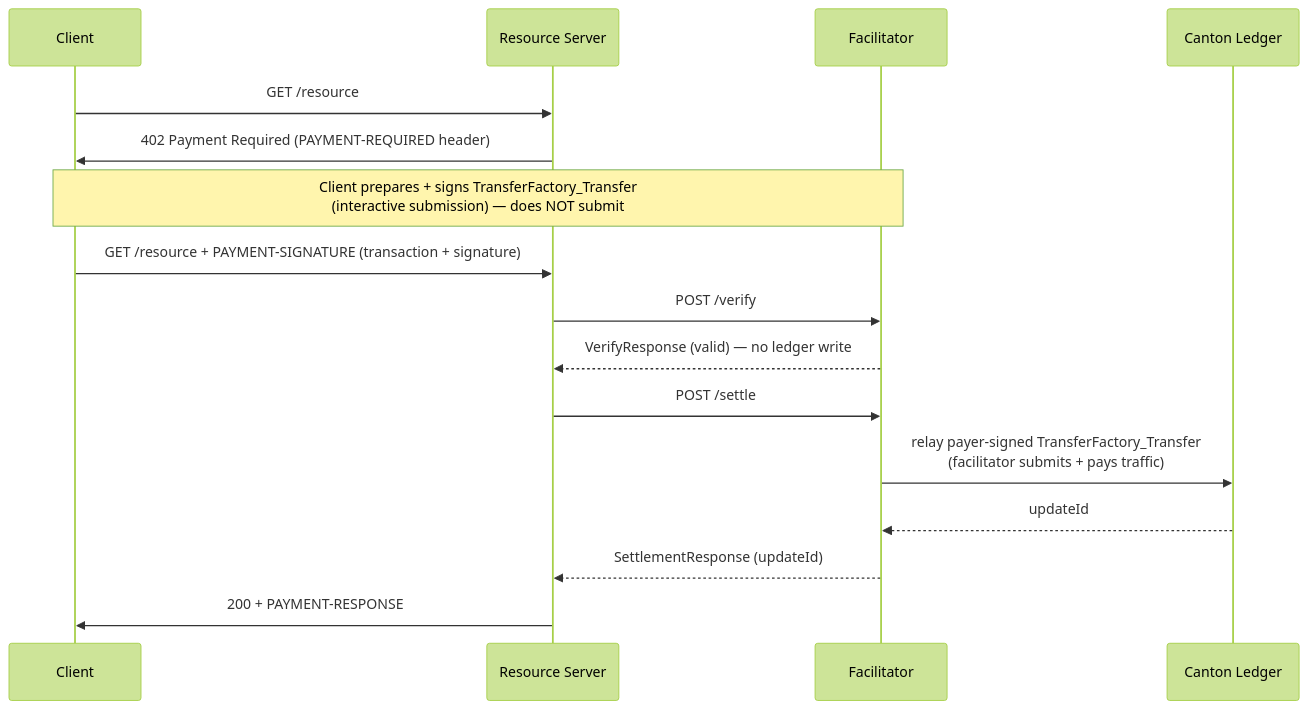
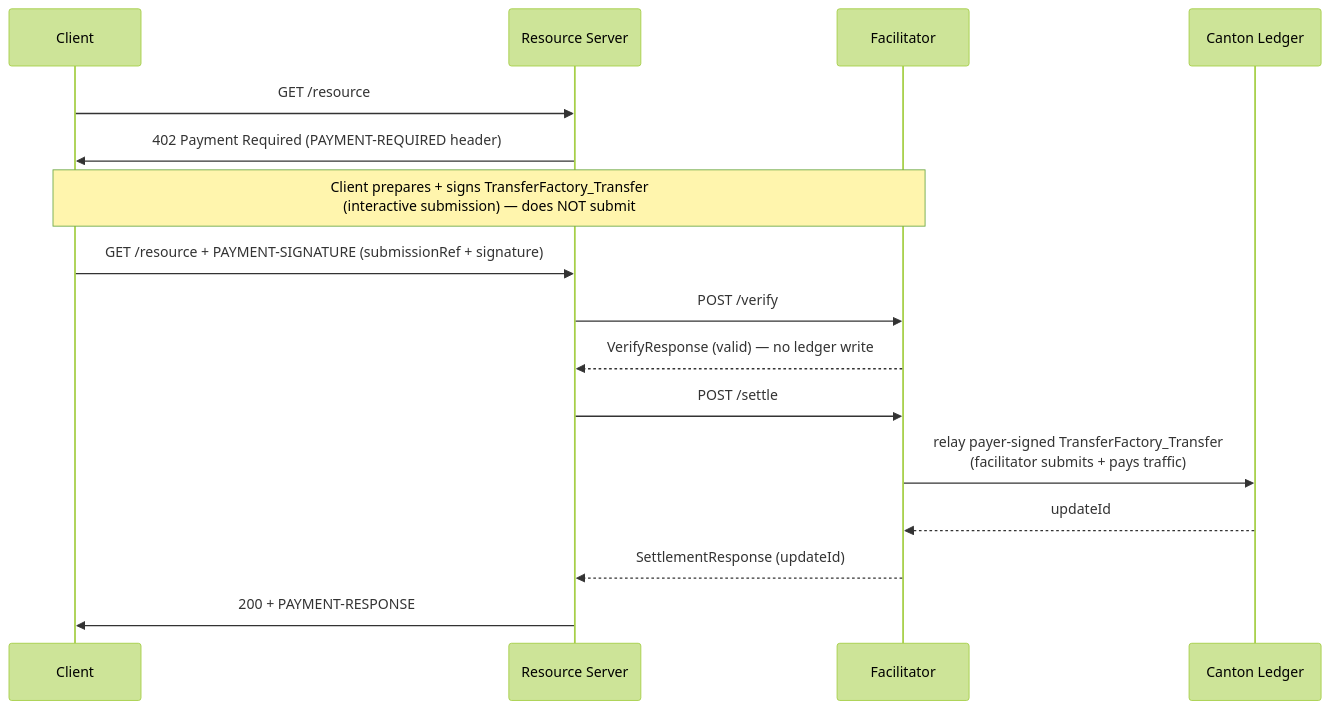
Before and after one commit to Denend/x402: the diagram in specs/schemes/exact/scheme_exact_canton.md, drawn with Mermaid (forest theme). The commit also changed other lines of this file, not shown here.

````diff
--- a/specs/schemes/exact/scheme_exact_canton.md
+++ b/specs/schemes/exact/scheme_exact_canton.md
@@ -38,19 +38,19 @@
 ```mermaid
 sequenceDiagram
     participant C as Client
     participant R as Resource Server
     participant F as Facilitator
     participant L as Canton Ledger
 
     C->>R: GET /resource
     R->>C: 402 Payment Required (PAYMENT-REQUIRED header)
     note over C,F: Client prepares + signs TransferFactory_Transfer<br/>(interactive submission) — does NOT submit
-    C->>R: GET /resource + PAYMENT-SIGNATURE (transaction + signature)
+    C->>R: GET /resource + PAYMENT-SIGNATURE (submissionRef + signature)
     R->>F: POST /verify
     F-->>R: VerifyResponse (valid) — no ledger write
     R->>F: POST /settle
     F->>L: relay payer-signed TransferFactory_Transfer<br/>(facilitator submits + pays traffic)
     L-->>F: updateId
     F-->>R: SettlementResponse (updateId)
     R->>C: 200 + PAYMENT-RESPONSE
 ```
````
